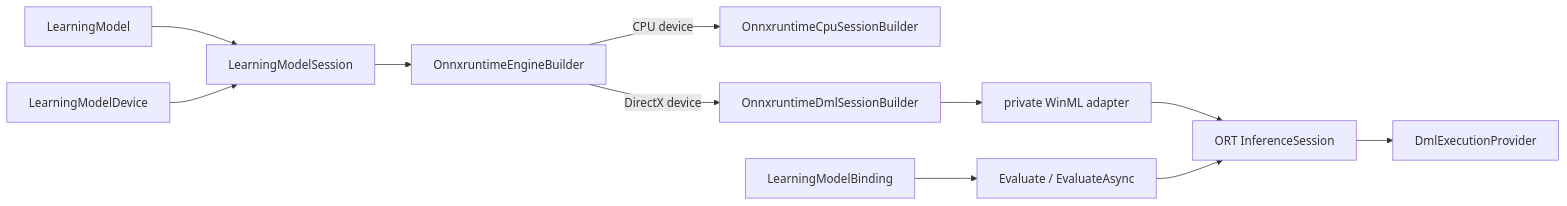
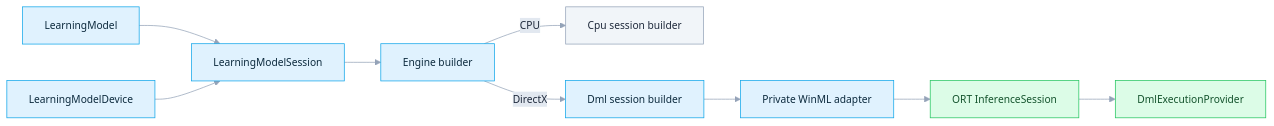
One commit to DakeQQ/Tutorial-ONNX-Runtime-Execution-Providers changed the ninth of 12 diagrams in DirectML/README.md. Above: the diagram before and after it, drawn with Mermaid. The commit also changed other lines of this file and 15 other files, not shown here.

````diff
--- a/DirectML/README.md
+++ b/DirectML/README.md
@@ -443,13 +472,18 @@
 ```mermaid
+%%{init: {"theme":"base","themeVariables":{"fontSize":"14px","lineColor":"#94a3b8","edgeLabelBackground":"#e2e8f0","primaryTextColor":"#1e293b"}}}%%
 flowchart LR
-  LM["LearningModel"] --> LMS["LearningModelSession"]
-  DEV["LearningModelDevice"] --> LMS
-  LMS --> EB["OnnxruntimeEngineBuilder"]
-  EB -->|CPU device| CPU["OnnxruntimeCpuSessionBuilder"]
-  EB -->|DirectX device| DB["OnnxruntimeDmlSessionBuilder"]
-  DB --> AD["private WinML adapter"]
-  AD --> IS["ORT InferenceSession"]
-  IS --> DML["DmlExecutionProvider"]
-  BIND["LearningModelBinding"] --> EVAL["Evaluate / EvaluateAsync"]
-    EVAL --> IS
+    LM["LearningModel"] --> LMS["LearningModelSession"]
+    DEV["LearningModelDevice"] --> LMS
+    LMS --> EB["Engine builder"]
+    EB -->|"CPU"| CPU["Cpu session builder"]
+    EB -->|"DirectX"| DB["Dml session builder"]
+    DB --> AD["Private WinML adapter"]
+    AD --> IS["ORT InferenceSession"]
+    IS --> DML["DmlExecutionProvider"]
+    classDef step fill:#e0f2fe,stroke:#0ea5e9,color:#0c2a3d;
+    classDef note fill:#f1f5f9,stroke:#94a3b8,color:#1e293b;
+    classDef good fill:#dcfce7,stroke:#22c55e,color:#14532d;
+    class LM,LMS,DEV,EB,DB,AD step;
+    class CPU note;
+    class IS,DML good;
 ```
````
